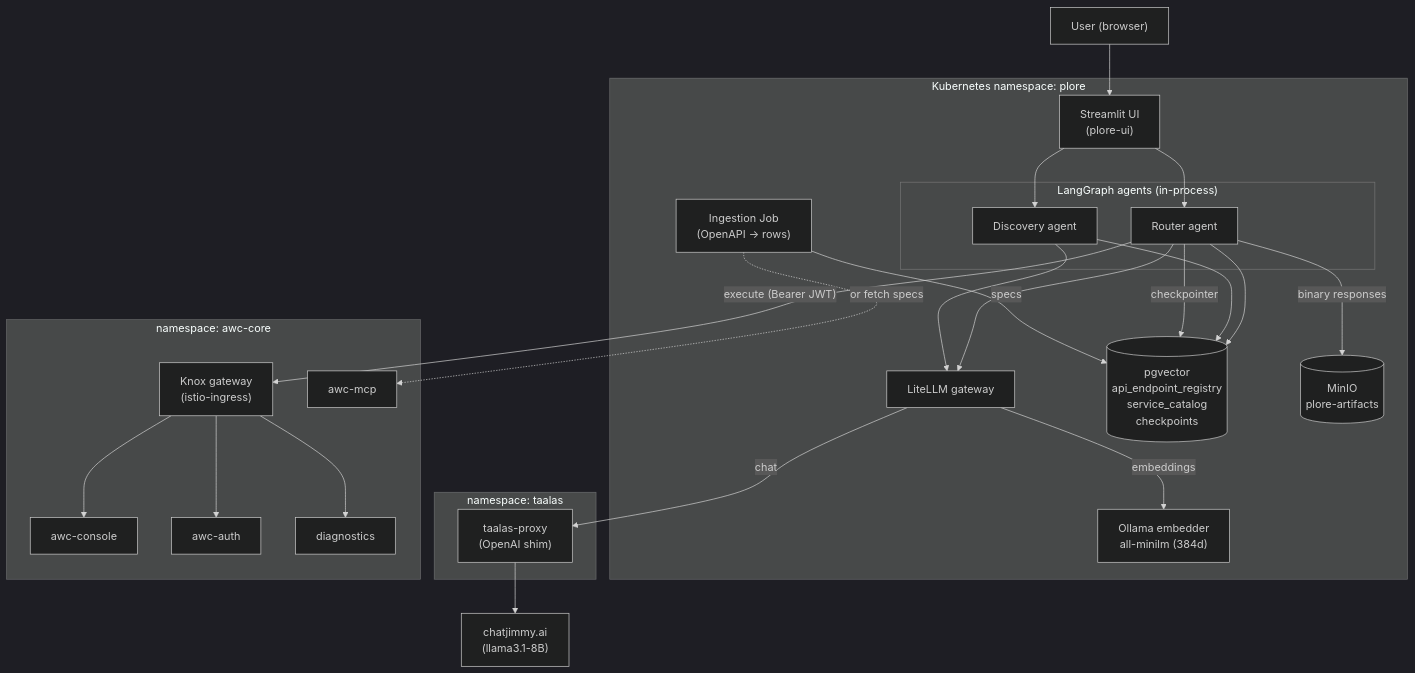
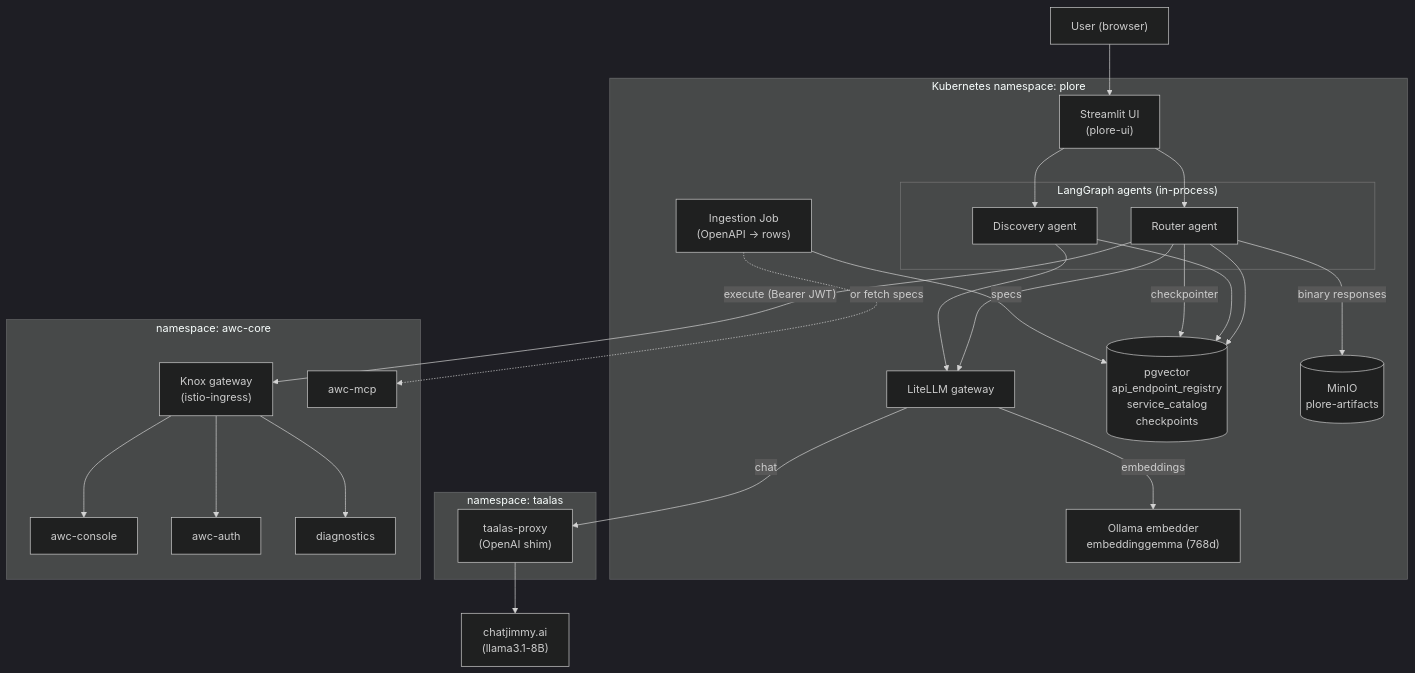
The first of 8 diagrams in ARCHITECTURE.md (ddalton/plore), drawn with Mermaid (dark theme) before and after one commit. The commit also changed other lines of this file and 18 other files, not shown here.

````diff
--- a/ARCHITECTURE.md
+++ b/ARCHITECTURE.md
@@ -37,48 +37,48 @@
 ```mermaid
 flowchart TB
     user["User (browser)"]
 
     subgraph plore_ns["Kubernetes namespace: plore"]
         ui["Streamlit UI<br/>(plore-ui)"]
         subgraph graphs["LangGraph agents (in-process)"]
             router["Router agent"]
             discovery["Discovery agent"]
         end
         litellm["LiteLLM gateway"]
-        ollama["Ollama embedder<br/>all-minilm (384d)"]
+        ollama["Ollama embedder<br/>embeddinggemma (768d)"]
         pg[("pgvector<br/>api_endpoint_registry<br/>service_catalog<br/>checkpoints")]
         minio[("MinIO<br/>plore-artifacts")]
         ingest["Ingestion Job<br/>(OpenAPI -> rows)"]
     end
 
     subgraph taalas_ns["namespace: taalas"]
         proxy["taalas-proxy<br/>(OpenAI shim)"]
     end
 
     subgraph awc_ns["namespace: awc-core"]
         gw["Knox gateway<br/>(istio-ingress)"]
         console["awc-console"]
         auth["awc-auth"]
         diag["diagnostics"]
         mcp["awc-mcp"]
     end
 
     chatjimmy["chatjimmy.ai<br/>(llama3.1-8B)"]
 
     user --> ui --> router
     ui --> discovery
     router --> litellm
     discovery --> litellm
     router --> pg
     discovery --> pg
     router -- checkpointer --> pg
     litellm -- chat --> proxy --> chatjimmy
     litellm -- embeddings --> ollama
     router -- "execute (Bearer JWT)" --> gw
     gw --> console
     gw --> auth
     gw --> diag
     router -- "binary responses" --> minio
     ingest -- specs --> pg
     ingest -. "or fetch specs" .-> mcp
 ```
````
